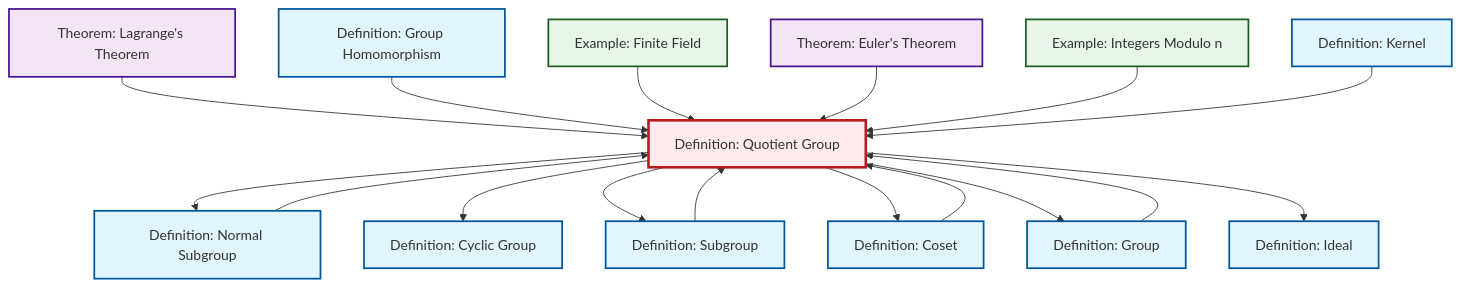
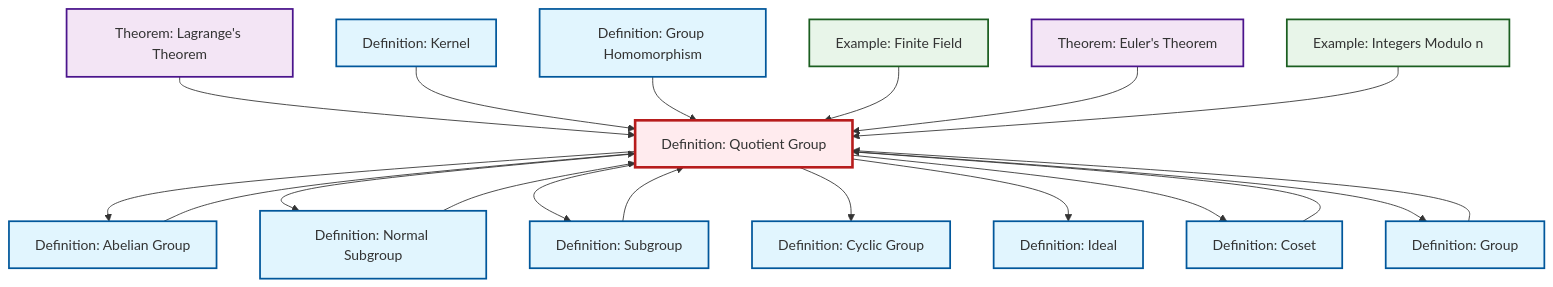
One commit to RK0429/ModernMath changed the diagram in content/ja/algebra/def-quotient-group.qmd. Above: the diagram before and after it, drawn with Mermaid. The commit also changed 474 other files, not shown here.

````diff
--- a/content/ja/algebra/def-quotient-group.qmd
+++ b/content/ja/algebra/def-quotient-group.qmd
@@ -143,51 +143,55 @@
 ```{mermaid}
 %%| fig-cap: "Local dependency graph"
 graph TD
     classDef definition fill:#e1f5fe,stroke:#01579b,stroke-width:2px
     classDef theorem fill:#f3e5f5,stroke:#4a148c,stroke-width:2px
     classDef axiom fill:#fff3e0,stroke:#e65100,stroke-width:2px
     classDef example fill:#e8f5e9,stroke:#1b5e20,stroke-width:2px
     classDef current fill:#ffebee,stroke:#b71c1c,stroke-width:3px
-    ex-finite-field["Example: Finite Field"]:::example
+    def-ideal["Definition: Ideal"]:::definition
+    thm-euler["Theorem: Euler's Theorem"]:::theorem
+    def-quotient-group["Definition: Quotient Group"]:::definition
     ex-quotient-integers-mod-n["Example: Integers Modulo n"]:::example
+    def-cyclic-group["Definition: Cyclic Group"]:::definition
+    thm-lagrange["Theorem: Lagrange's Theorem"]:::theorem
+    def-kernel["Definition: Kernel"]:::definition
     def-coset["Definition: Coset"]:::definition
     def-group["Definition: Group"]:::definition
     def-homomorphism["Definition: Group Homomorphism"]:::definition
-    def-kernel["Definition: Kernel"]:::definition
     def-normal-subgroup["Definition: Normal Subgroup"]:::definition
-    def-quotient-group["Definition: Quotient Group"]:::definition
-    thm-lagrange["Theorem: Lagrange's Theorem"]:::theorem
-    def-cyclic-group["Definition: Cyclic Group"]:::definition
-    def-ideal["Definition: Ideal"]:::definition
+    ex-finite-field["Example: Finite Field"]:::example
+    def-abelian-group["Definition: Abelian Group"]:::definition
     def-subgroup["Definition: Subgroup"]:::definition
-    thm-euler["Theorem: Euler's Theorem"]:::theorem
+    def-subgroup --> def-quotient-group
     thm-lagrange --> def-quotient-group
+    def-coset --> def-quotient-group
+    def-kernel --> def-quotient-group
     def-homomorphism --> def-quotient-group
+    def-quotient-group --> def-abelian-group
+    ex-finite-field --> def-quotient-group
     def-quotient-group --> def-normal-subgroup
-    def-quotient-group --> def-cyclic-group
-    ex-finite-field --> def-quotient-group
+    def-normal-subgroup --> def-quotient-group
+    def-group --> def-quotient-group
     thm-euler --> def-quotient-group
-    def-normal-subgroup --> def-quotient-group
-    def-coset --> def-quotient-group
     def-quotient-group --> def-subgroup
     ex-quotient-integers-mod-n --> def-quotient-group
-    def-subgroup --> def-quotient-group
+    def-quotient-group --> def-cyclic-group
+    def-abelian-group --> def-quotient-group
+    def-quotient-group --> def-ideal
     def-quotient-group --> def-coset
-    def-group --> def-quotient-group
-    def-kernel --> def-quotient-group
     def-quotient-group --> def-group
-    def-quotient-group --> def-ideal
     class def-quotient-group current
-    click ex-finite-field "ex-finite-field.html" "Example: Finite Fieldへ"
+    click def-ideal "def-ideal.html" "Definition: Idealへ"
+    click thm-euler "thm-euler.html" "Theorem: Euler's Theoremへ"
     click ex-quotient-integers-mod-n "ex-quotient-integers-mod-n.html" "Example: Integers Modulo nへ"
+    click def-cyclic-group "def-cyclic-group.html" "Definition: Cyclic Groupへ"
+    click thm-lagrange "thm-lagrange.html" "Theorem: Lagrange's Theoremへ"
+    click def-kernel "def-kernel.html" "Definition: Kernelへ"
     click def-coset "def-coset.html" "Definition: Cosetへ"
     click def-group "def-group.html" "Definition: Groupへ"
     click def-homomorphism "def-homomorphism.html" "Definition: Group Homomorphismへ"
-    click def-kernel "def-kernel.html" "Definition: Kernelへ"
     click def-normal-subgroup "def-normal-subgroup.html" "Definition: Normal Subgroupへ"
-    click thm-lagrange "thm-lagrange.html" "Theorem: Lagrange's Theoremへ"
-    click def-cyclic-group "def-cyclic-group.html" "Definition: Cyclic Groupへ"
-    click def-ideal "def-ideal.html" "Definition: Idealへ"
+    click ex-finite-field "ex-finite-field.html" "Example: Finite Fieldへ"
+    click def-abelian-group "def-abelian-group.html" "Definition: Abelian Groupへ"
     click def-subgroup "def-subgroup.html" "Definition: Subgroupへ"
-    click thm-euler "thm-euler.html" "Theorem: Euler's Theoremへ"
 ```
````
